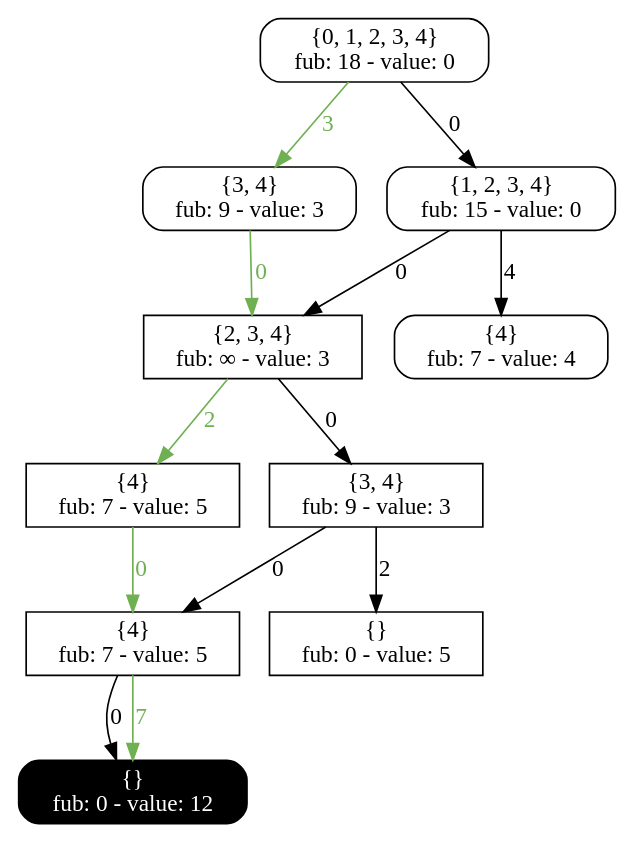
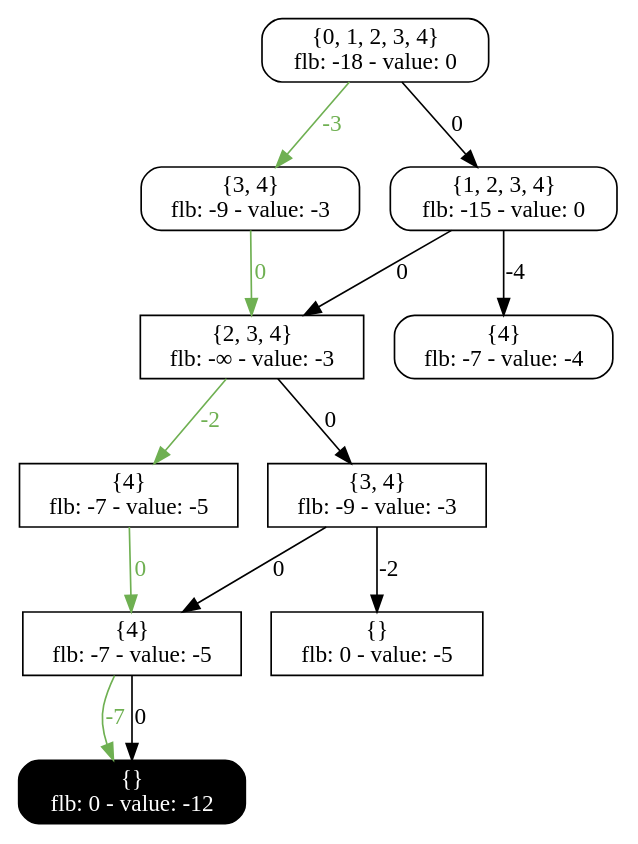
Before and after one commit to DDOLIB-CETIC-UCL/DDOLib: the diagram in output/Misp_relaxed.dot, drawn with Graphviz. The commit also changed 5 other files, not shown here.

```diff
--- a/output/Misp_relaxed.dot
+++ b/output/Misp_relaxed.dot
@@ -1,34 +1,34 @@
 digraph relaxed{
 11 [label="{0, 1, 2, 3, 4}
-fub: 18 - value: 0", style=rounded, shape=rectangle, tooltip="Exact node"];
+flb: -18 - value: 0", style=rounded, shape=rectangle, tooltip="Exact node"];
 13 [label="{3, 4}
-fub: 9 - value: 3", style=rounded, shape=rectangle, tooltip="Exact node"];
+flb: -9 - value: -3", style=rounded, shape=rectangle, tooltip="Exact node"];
 12 [label="{1, 2, 3, 4}
-fub: 15 - value: 0", style=rounded, shape=rectangle, tooltip="Exact node"];
+flb: -15 - value: 0", style=rounded, shape=rectangle, tooltip="Exact node"];
 16 [label="{4}
-fub: 7 - value: 4", style=rounded, shape=rectangle, tooltip="Exact node"];
+flb: -7 - value: -4", style=rounded, shape=rectangle, tooltip="Exact node"];
 17 [label="{2, 3, 4}
-fub: ∞ - value: 3", shape=box, tooltip="Relaxed node"];
+flb: -∞ - value: -3", shape=box, tooltip="Relaxed node"];
 19 [label="{4}
-fub: 7 - value: 5", shape=box, tooltip="Relaxed node"];
+flb: -7 - value: -5", shape=box, tooltip="Relaxed node"];
 18 [label="{3, 4}
-fub: 9 - value: 3", shape=box, tooltip="Relaxed node"];
+flb: -9 - value: -3", shape=box, tooltip="Relaxed node"];
 20 [label="{4}
-fub: 7 - value: 5", shape=box, tooltip="Relaxed node"];
+flb: -7 - value: -5", shape=box, tooltip="Relaxed node"];
 21 [label="{}
-fub: 0 - value: 5", shape=box, tooltip="Relaxed node"];
+flb: 0 - value: -5", shape=box, tooltip="Relaxed node"];
 22 [label="{}
-fub: 0 - value: 12", shape=box, tooltip="Relaxed node", style="filled, rounded", shape=rectangle, color=black, fontcolor=white, tooltip="Terminal node"];
-17 -> 19 [label=2, tooltip="Decision: assign 1 to var 2", color="#6fb052", fontcolor="#6fb052"];
+flb: 0 - value: -12", shape=box, tooltip="Relaxed node", style="filled, rounded", shape=rectangle, color=black, fontcolor=white, tooltip="Terminal node"];
+18 -> 20 [label=0, tooltip="Decision: assign 0 to var 3"];
+12 -> 17 [label=0, tooltip="Decision: assign 0 to var 1"];
+17 -> 18 [label=0, tooltip="Decision: assign 0 to var 2"];
+11 -> 13 [label=-3, tooltip="Decision: assign 1 to var 0", color="#6fb052", fontcolor="#6fb052"];
+17 -> 19 [label=-2, tooltip="Decision: assign 1 to var 2", color="#6fb052", fontcolor="#6fb052"];
+11 -> 12 [label=0, tooltip="Decision: assign 0 to var 0"];
+13 -> 17 [label=0, tooltip="Decision: assign 0 to var 1", color="#6fb052", fontcolor="#6fb052"];
+19 -> 20 [label=0, tooltip="Decision: assign 0 to var 3", color="#6fb052", fontcolor="#6fb052"];
+12 -> 16 [label=-4, tooltip="Decision: assign 1 to var 1"];
+20 -> 22 [label=-7, tooltip="Decision: assign 1 to var 4", color="#6fb052", fontcolor="#6fb052"];
+18 -> 21 [label=-2, tooltip="Decision: assign 1 to var 3"];
 20 -> 22 [label=0, tooltip="Decision: assign 0 to var 4"];
-13 -> 17 [label=0, tooltip="Decision: assign 0 to var 1", color="#6fb052", fontcolor="#6fb052"];
-12 -> 16 [label=4, tooltip="Decision: assign 1 to var 1"];
-12 -> 17 [label=0, tooltip="Decision: assign 0 to var 1"];
-18 -> 21 [label=2, tooltip="Decision: assign 1 to var 3"];
-11 -> 12 [label=0, tooltip="Decision: assign 0 to var 0"];
-18 -> 20 [label=0, tooltip="Decision: assign 0 to var 3"];
-17 -> 18 [label=0, tooltip="Decision: assign 0 to var 2"];
-11 -> 13 [label=3, tooltip="Decision: assign 1 to var 0", color="#6fb052", fontcolor="#6fb052"];
-19 -> 20 [label=0, tooltip="Decision: assign 0 to var 3", color="#6fb052", fontcolor="#6fb052"];
-20 -> 22 [label=7, tooltip="Decision: assign 1 to var 4", color="#6fb052", fontcolor="#6fb052"];
 }
```
